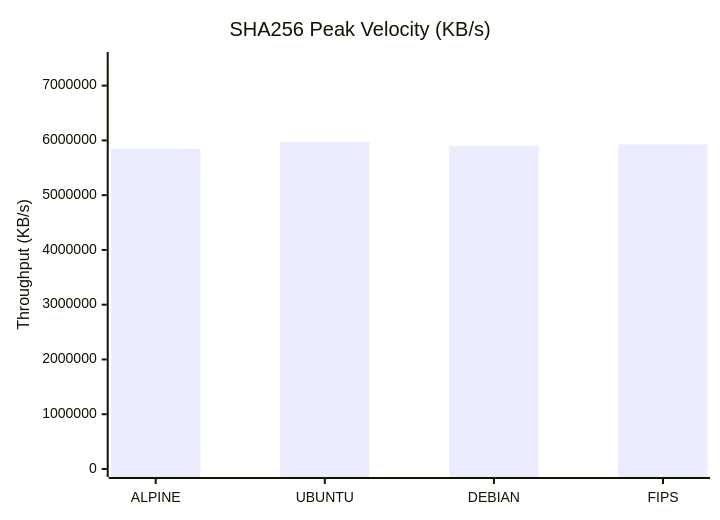
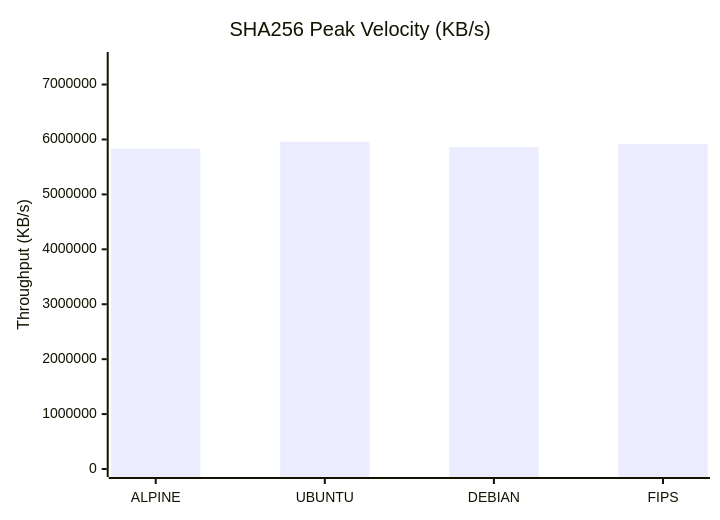
The second of 9 diagrams in docs/Comparison_Report.md (taha2samy/openssl_fips), drawn with Mermaid before and after one commit. The commit also changed other lines of this file and 2 other files, not shown here.

````diff
--- a/docs/Comparison_Report.md
+++ b/docs/Comparison_Report.md
@@ -65,7 +65,7 @@
 ```mermaid
 xychart-beta
     title "SHA256 Peak Velocity (KB/s)"
     x-axis [ALPINE, UBUNTU, DEBIAN, FIPS]
-    y-axis "Throughput (KB/s)" 0 --> 7468144
-    bar [5843555.12, 5974515.71, 5904211.97, 5926581.04]
+    y-axis "Throughput (KB/s)" 0 --> 7446814
+    bar [5836018.48, 5957451.78, 5860101.32, 5914561.74]
 ```
````
